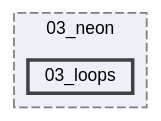
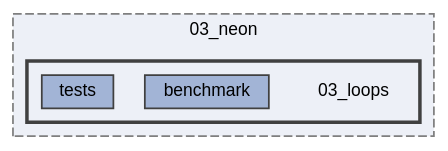
One commit to Shad00Z/machine-learning-compilers changed the diagram in dir_fdaeb624d648c5eadf33e2657c6f49fc_dep.dot. Above: the diagram before and after it, drawn with Graphviz. The commit also changed 30 other files, not shown here.

```diff
--- a/dir_fdaeb624d648c5eadf33e2657c6f49fc_dep.dot
+++ b/dir_fdaeb624d648c5eadf33e2657c6f49fc_dep.dot
@@ -1,12 +1,17 @@
 digraph "/home/runner/work/machine-learning-compilers/machine-learning-compilers/src/submissions/03_neon/03_loops"
 {
  // LATEX_PDF_SIZE
   bgcolor="transparent";
   edge [fontname=Helvetica,fontsize=10,labelfontname=Helvetica,labelfontsize=10];
   node [fontname=Helvetica,fontsize=10,shape=box,height=0.2,width=0.4];
   compound=true
   subgraph clusterdir_b2c563f7bf427f5a0c17c9a95cb1f2fd {
     graph [ bgcolor="#edf0f7", pencolor="grey50", label="03_neon", fontname=Helvetica,fontsize=10 style="filled,dashed", URL="dir_b2c563f7bf427f5a0c17c9a95cb1f2fd.html",tooltip=""]
-  dir_fdaeb624d648c5eadf33e2657c6f49fc [label="03_loops", fillcolor="#edf0f7", color="grey25", style="filled,bold", URL="dir_fdaeb624d648c5eadf33e2657c6f49fc.html",tooltip=""];
+  subgraph clusterdir_fdaeb624d648c5eadf33e2657c6f49fc {
+    graph [ bgcolor="#edf0f7", pencolor="grey25", label="", fontname=Helvetica,fontsize=10 style="filled,bold", URL="dir_fdaeb624d648c5eadf33e2657c6f49fc.html",tooltip=""]
+    dir_fdaeb624d648c5eadf33e2657c6f49fc [shape=plaintext, label="03_loops"];
+  dir_6eccd4aac8c7502a6176500c4f67d84c [label="benchmark", fillcolor="#a2b4d6", color="grey25", style="filled", URL="dir_6eccd4aac8c7502a6176500c4f67d84c.html",tooltip=""];
+  dir_e5a450447a6bc952b2050a1e2deda141 [label="tests", fillcolor="#a2b4d6", color="grey25", style="filled", URL="dir_e5a450447a6bc952b2050a1e2deda141.html",tooltip=""];
+  }
   }
 }
```
